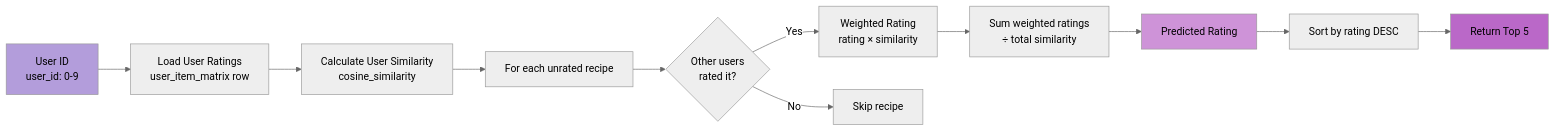
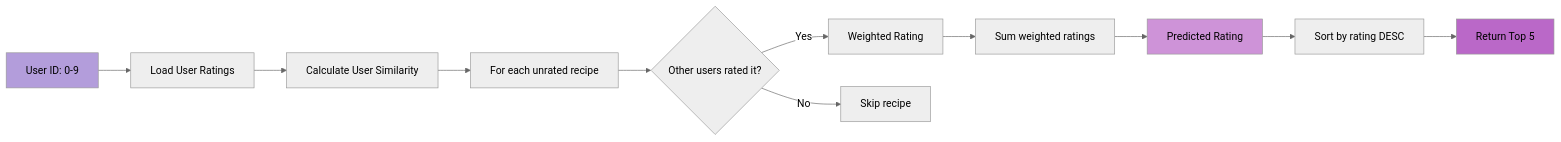
Before and after one commit to PritDudhia/RecipeRecommender: the second of 9 diagrams in docs/FEATURE2-VISUAL-FLOW.md, drawn with Mermaid (neutral theme). The commit also changed other lines of this file, not shown here.

Commit message:
fix: Remove HTML tags from Mermaid diagrams in Feature 2 documentation

````diff
--- a/docs/FEATURE2-VISUAL-FLOW.md
+++ b/docs/FEATURE2-VISUAL-FLOW.md
@@ -46,17 +46,17 @@
 ```mermaid
 graph LR
-    A[User ID<br/>user_id: 0-9] --> B[Load User Ratings<br/>user_item_matrix row]
-    B --> C[Calculate User Similarity<br/>cosine_similarity]
+    A[User ID: 0-9] --> B[Load User Ratings]
+    B --> C[Calculate User Similarity]
     C --> D[For each unrated recipe]
-    D --> E{Other users<br/>rated it?}
-    E -->|Yes| F[Weighted Rating<br/>rating × similarity]
+    D --> E{Other users rated it?}
+    E -->|Yes| F[Weighted Rating]
     E -->|No| G[Skip recipe]
-    F --> H[Sum weighted ratings<br/>÷ total similarity]
+    F --> H[Sum weighted ratings]
     H --> I[Predicted Rating]
     I --> J[Sort by rating DESC]
     J --> K[Return Top 5]
     
     style A fill:#b39ddb
     style K fill:#ba68c8
     style I fill:#ce93d8
 ```
````
